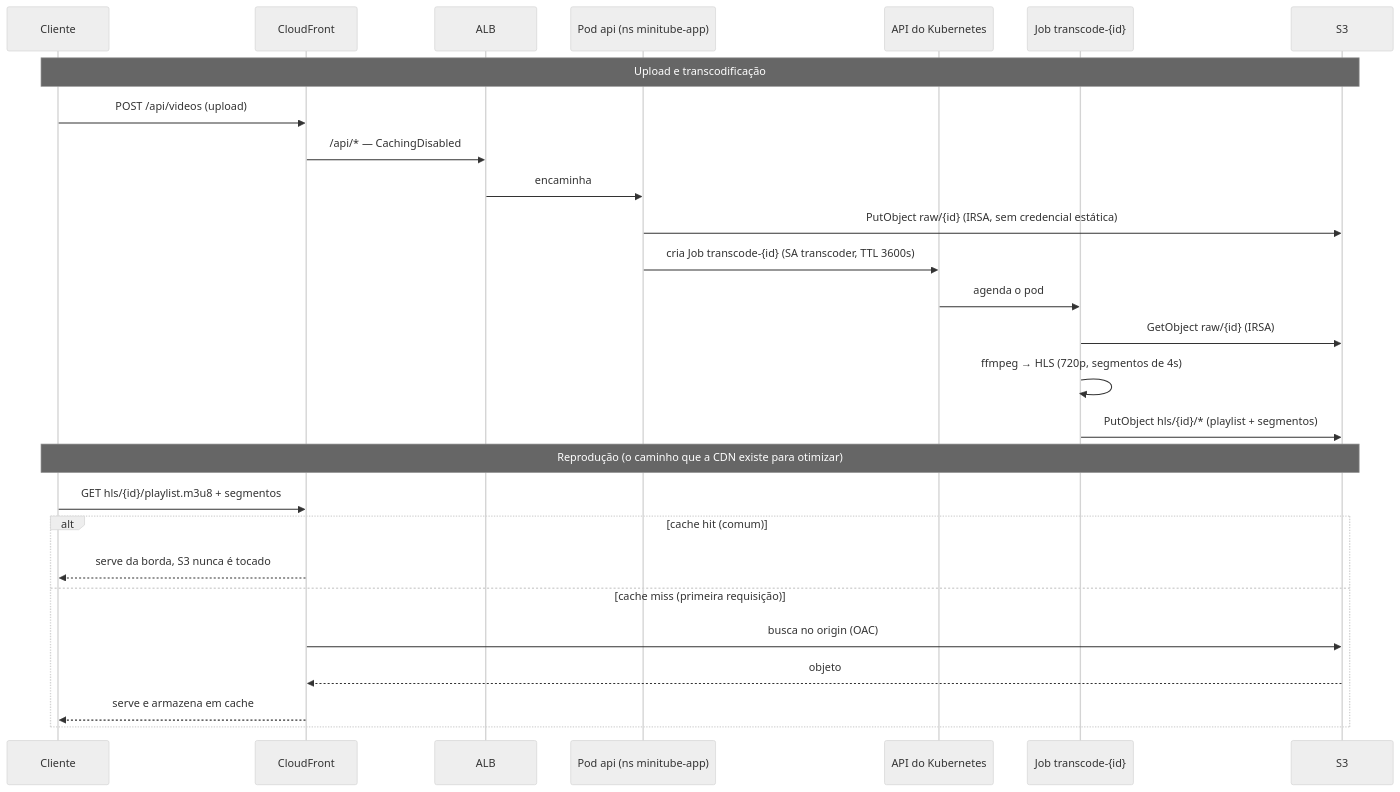
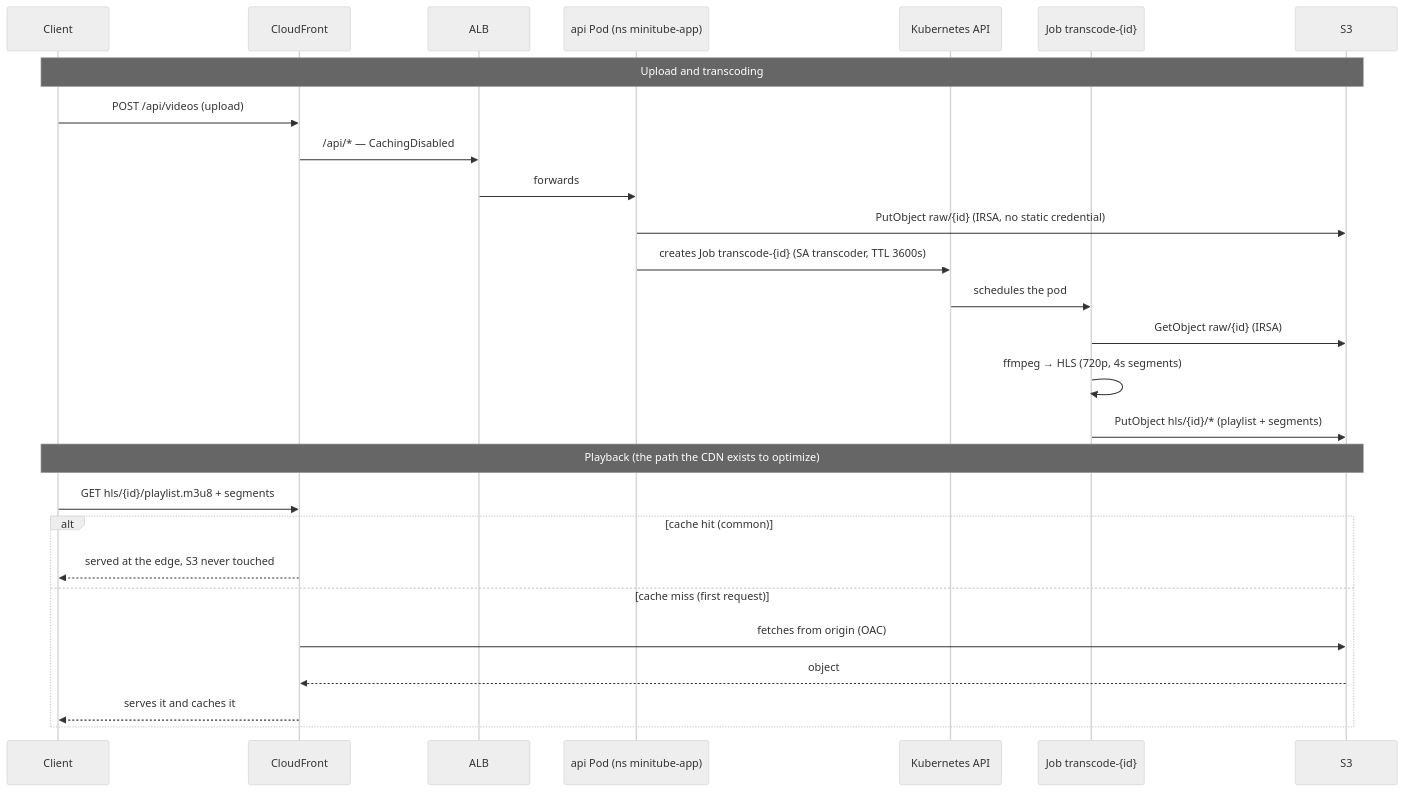
Before and after one commit to alisson92/minitube: the third of 4 diagrams in docs/architecture.md, drawn with Mermaid (neutral theme). The commit also changed other lines of this file and 12 other files, not shown here.

````diff
--- a/docs/architecture.md
+++ b/docs/architecture.md
@@ -97,31 +97,31 @@
 ```mermaid
 sequenceDiagram
-    participant C as Cliente
+    participant C as Client
     participant CF as CloudFront
     participant ALB
-    participant API as Pod api (ns minitube-app)
-    participant K8s as API do Kubernetes
+    participant API as api Pod (ns minitube-app)
+    participant K8s as Kubernetes API
     participant T as Job transcode-{id}
     participant S3
 
-    Note over C,S3: Upload e transcodificação
+    Note over C,S3: Upload and transcoding
     C->>CF: POST /api/videos (upload)
     CF->>ALB: /api/* — CachingDisabled
-    ALB->>API: encaminha
-    API->>S3: PutObject raw/{id} (IRSA, sem credencial estática)
-    API->>K8s: cria Job transcode-{id} (SA transcoder, TTL 3600s)
-    K8s->>T: agenda o pod
+    ALB->>API: forwards
+    API->>S3: PutObject raw/{id} (IRSA, no static credential)
+    API->>K8s: creates Job transcode-{id} (SA transcoder, TTL 3600s)
+    K8s->>T: schedules the pod
     T->>S3: GetObject raw/{id} (IRSA)
-    T->>T: ffmpeg → HLS (720p, segmentos de 4s)
-    T->>S3: PutObject hls/{id}/* (playlist + segmentos)
+    T->>T: ffmpeg → HLS (720p, 4s segments)
+    T->>S3: PutObject hls/{id}/* (playlist + segments)
 
-    Note over C,S3: Reprodução (o caminho que a CDN existe para otimizar)
-    C->>CF: GET hls/{id}/playlist.m3u8 + segmentos
-    alt cache hit (comum)
-        CF-->>C: serve da borda, S3 nunca é tocado
-    else cache miss (primeira requisição)
-        CF->>S3: busca no origin (OAC)
-        S3-->>CF: objeto
-        CF-->>C: serve e armazena em cache
+    Note over C,S3: Playback (the path the CDN exists to optimize)
+    C->>CF: GET hls/{id}/playlist.m3u8 + segments
+    alt cache hit (common)
+        CF-->>C: served at the edge, S3 never touched
+    else cache miss (first request)
+        CF->>S3: fetches from origin (OAC)
+        S3-->>CF: object
+        CF-->>C: serves it and caches it
     end
 ```
````
